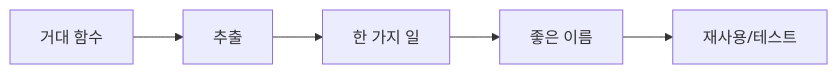
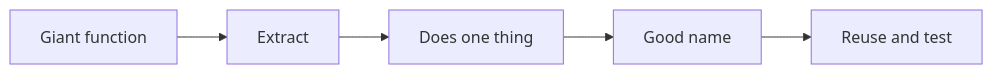
The diagram in content/clean-code-101/ko/03-small-functions.md (yeongseon-books/book-content), drawn with Mermaid before and after one commit. The commit also changed other lines of this file and 9 other files, not shown here.

````diff
--- a/content/clean-code-101/ko/03-small-functions.md
+++ b/content/clean-code-101/ko/03-small-functions.md
@@ -40,7 +46,7 @@
 ```mermaid
 flowchart LR
-    B["거대 함수"] --> E["추출"]
-    E --> S["한 가지 일"]
-    S --> N["좋은 이름"]
-    N --> R["재사용/테스트"]
+    B["Giant function"] --> E["Extract"]
+    E --> S["Does one thing"]
+    S --> N["Good name"]
+    N --> R["Reuse and test"]
 ```
````
